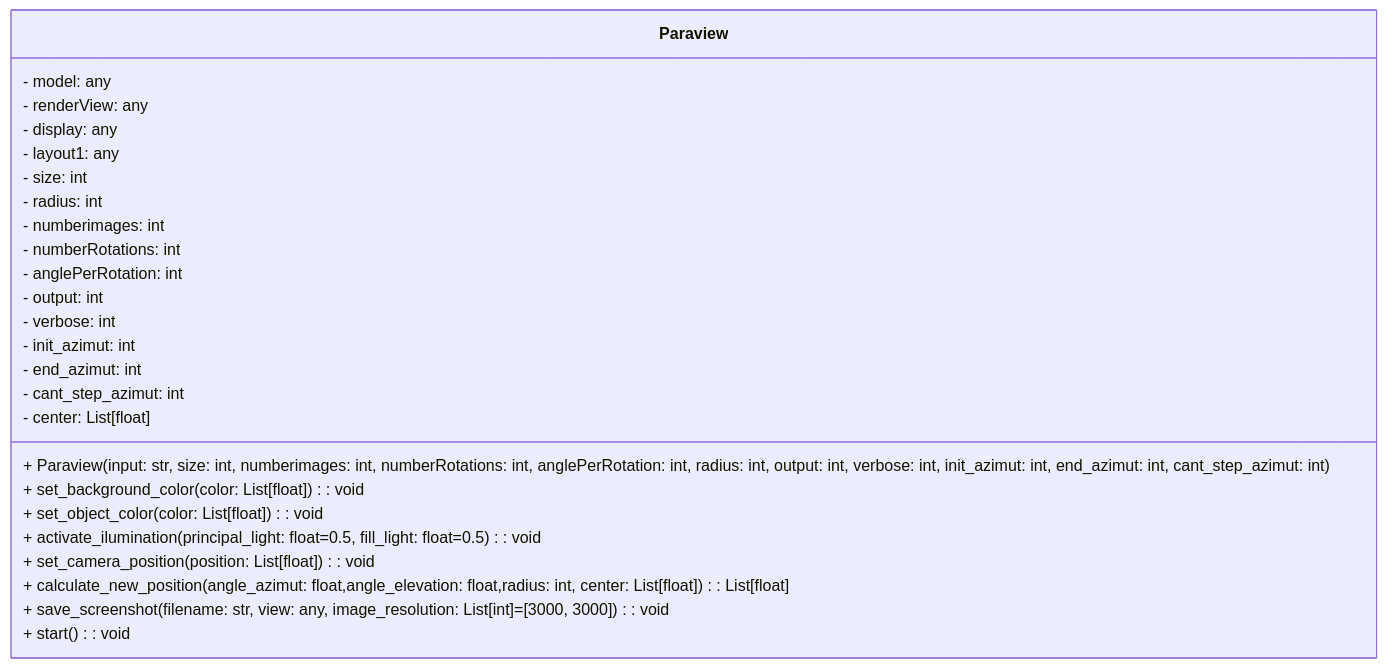
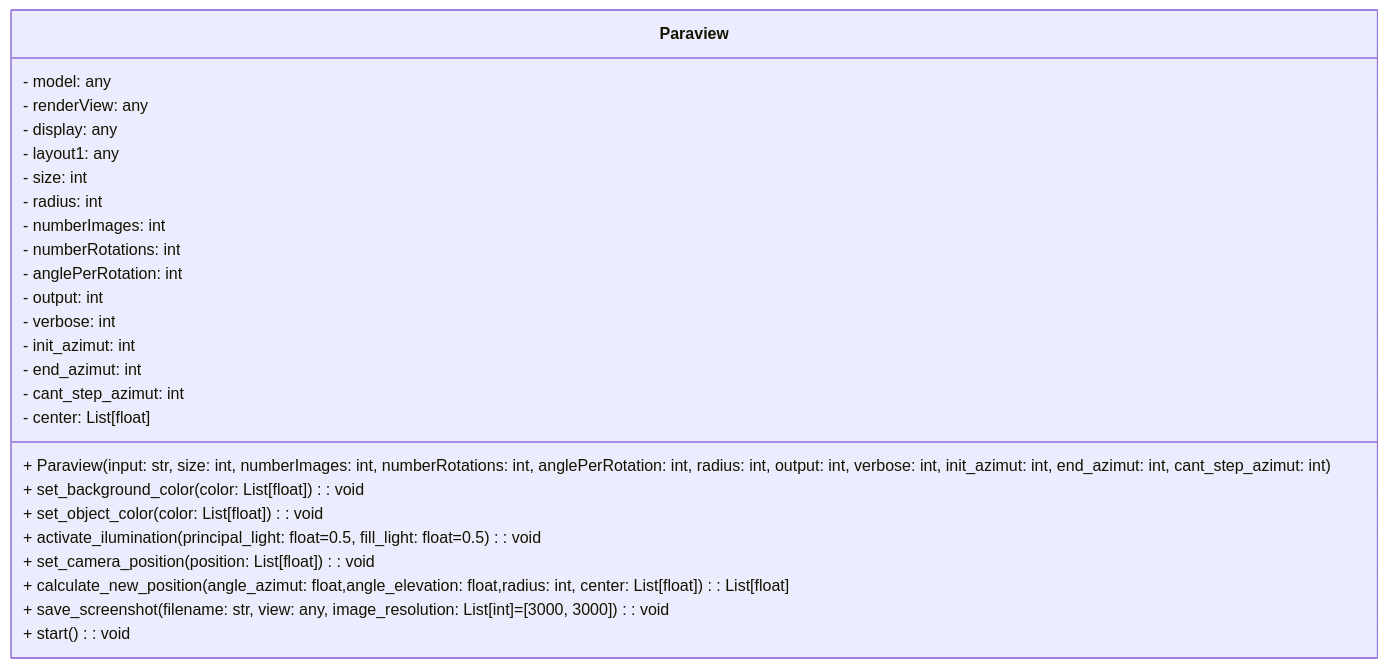
The first of 2 diagrams in README.md (juanfraherrero/get-images-from-mesh-obj), drawn with Mermaid before and after one commit. The commit also changed other lines of this file and 2 other files, not shown here.

Commit message:
Update numberimages var to numberImages

````diff
--- a/README.md
+++ b/README.md
@@ -34,30 +34,30 @@
 ```mermaid
 classDiagram
     class Paraview {
         - model: any
         - renderView: any
         - display: any
         - layout1: any
         - size: int
         - radius: int
-        - numberimages: int
+        - numberImages: int
         - numberRotations: int
         - anglePerRotation: int
         - output: int
         - verbose: int
         - init_azimut: int
         - end_azimut: int
         - cant_step_azimut: int
         - center: List[float]
         
-        + Paraview(input: str, size: int, numberimages: int, numberRotations: int, anglePerRotation: int, radius: int, output: int, verbose: int, init_azimut: int, end_azimut: int, cant_step_azimut: int)
+        + Paraview(input: str, size: int, numberImages: int, numberRotations: int, anglePerRotation: int, radius: int, output: int, verbose: int, init_azimut: int, end_azimut: int, cant_step_azimut: int)
         + set_background_color(color: List[float]): void
         + set_object_color(color: List[float]): void
         + activate_ilumination(principal_light: float=0.5, fill_light: float=0.5): void
         + set_camera_position(position: List[float]): void
         + calculate_new_position(angle_azimut: float,angle_elevation: float,radius: int, center: List[float]): List[float]
         + save_screenshot(filename: str, view: any, image_resolution: List[int]=[3000, 3000]): void
         + start(): void
     }
 
 ```
````
